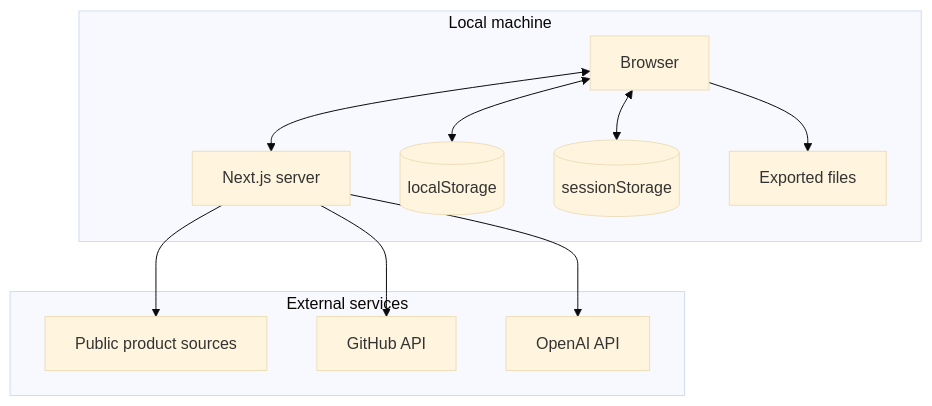
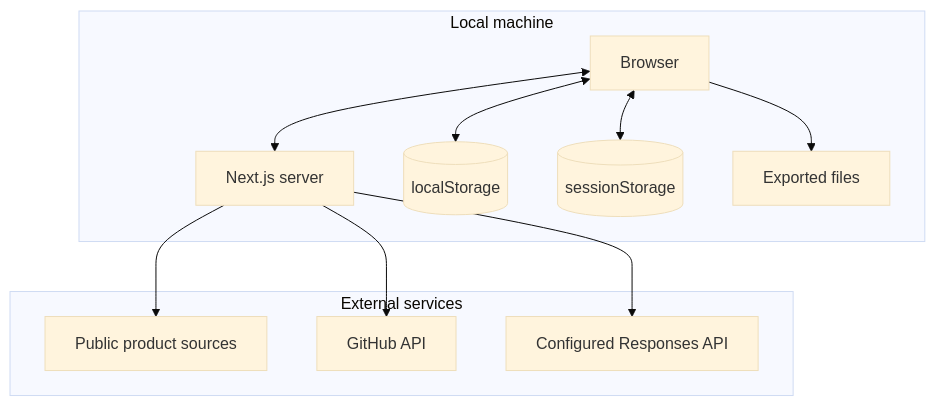
One commit to wp043/fitlens changed the third of 5 diagrams in README.md. Above: the diagram before and after it, drawn with Mermaid (base theme). The commit also changed other lines of this file and 6 other files, not shown here.

````diff
--- a/README.md
+++ b/README.md
@@ -218,24 +253,24 @@
 ```mermaid
 flowchart TB
     subgraph Local machine
         B[Browser]
         N[Next.js server]
         LS[(localStorage)]
         SS[(sessionStorage)]
         F[Exported files]
         B <--> N
         B <--> LS
         B <--> SS
         B --> F
     end
 
     subgraph External services
         PS[Public product sources]
         GH[GitHub API]
-        OA[OpenAI API]
+        OA[Configured Responses API]
     end
 
     N --> PS
     N --> GH
     N --> OA
 ```
````
